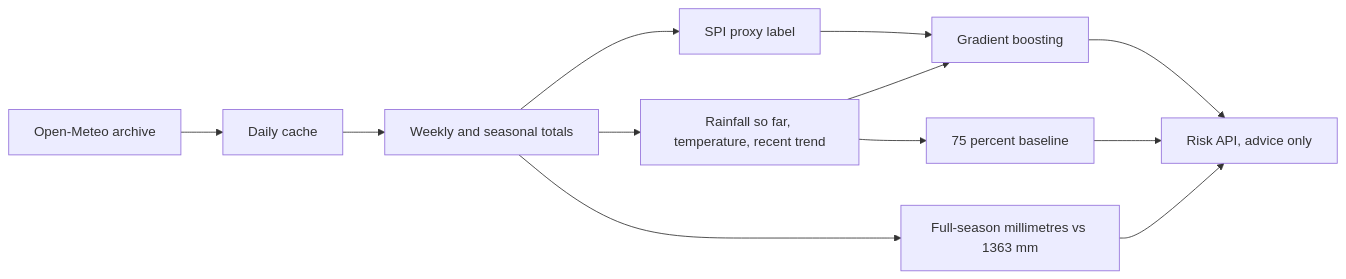
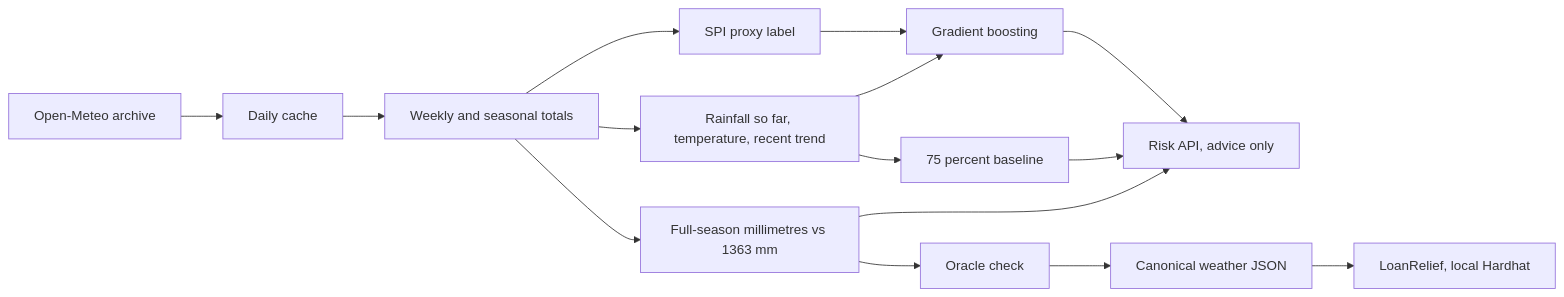
Before and after one commit to yinasaurus/raincheck: the diagram in README.md, drawn with Mermaid. The commit also changed other lines of this file and 24 other files, not shown here.

Commit message:
Add a local loan contract and demo endpoint so a dry season can change the schedule.

````diff
--- a/README.md
+++ b/README.md
@@ -26,14 +29,17 @@
 ```mermaid
 flowchart LR
   om[Open-Meteo archive] --> cache[Daily cache]
   cache --> agg[Weekly and seasonal totals]
   agg --> spi[SPI proxy label]
   agg --> feats[Rainfall so far, temperature, recent trend]
   spi --> model[Gradient boosting]
   feats --> model
   feats --> rule[75 percent baseline]
   agg --> trigger[Full-season millimetres vs 1363 mm]
   model --> api[Risk API, advice only]
   rule --> api
   trigger --> api
+  trigger --> oracle[Oracle check]
+  oracle --> evidence[Canonical weather JSON]
+  evidence --> contract[LoanRelief, local Hardhat]
 ```
````
